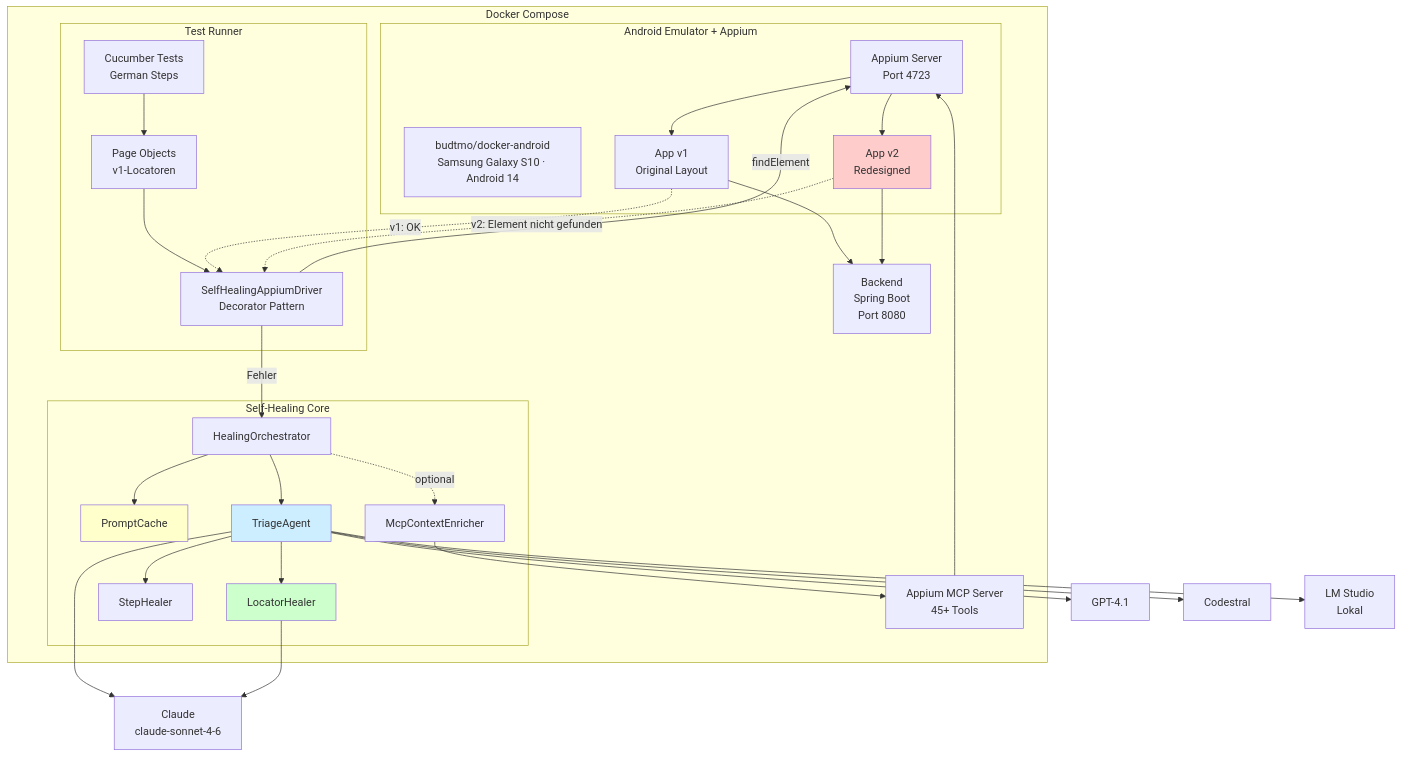
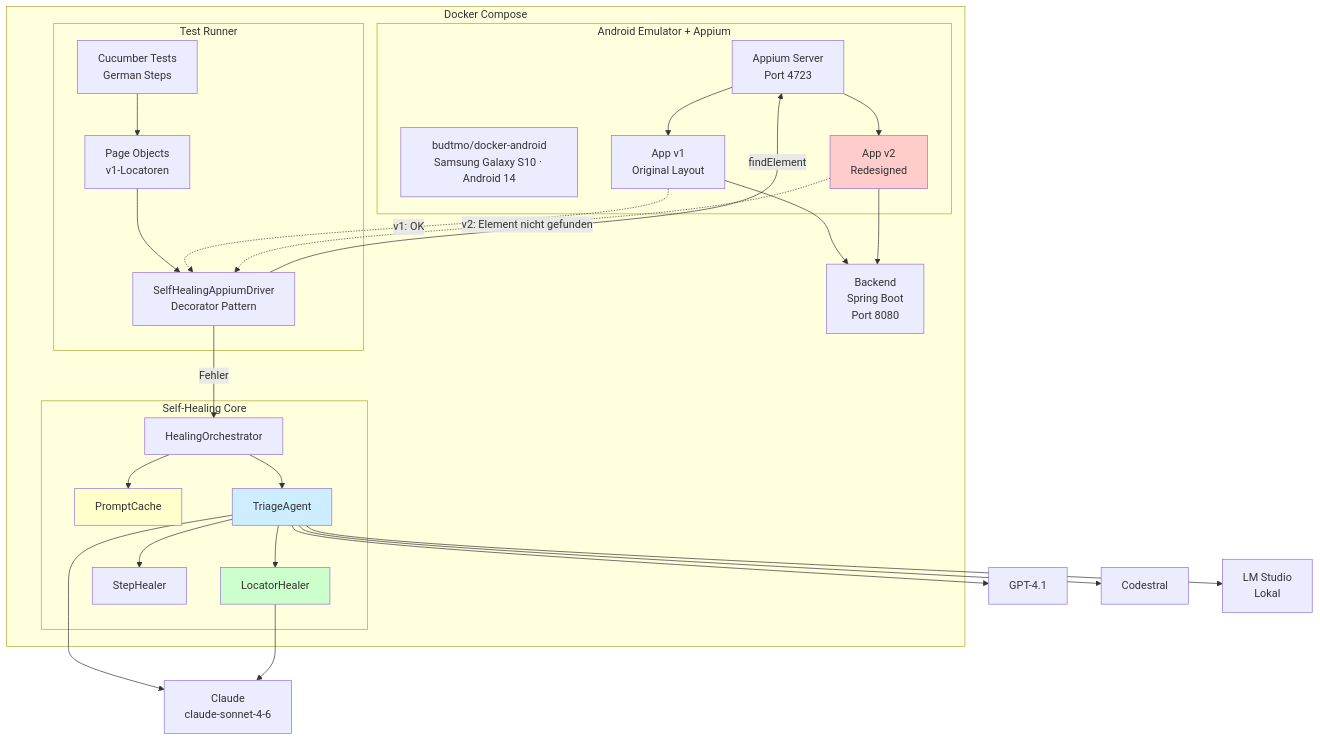
The fourth of 6 diagrams in README.md (dkeiss/appium-self-healing), drawn with Mermaid before and after one commit. The commit also changed other lines of this file and 16 other files, not shown here.

````diff
--- a/README.md
+++ b/README.md
@@ -328,63 +374,57 @@
 ```mermaid
 graph TB
     subgraph Docker["Docker Compose"]
         subgraph Emulator["Android Emulator + Appium"]
             AE[budtmo/docker-android<br/>Samsung Galaxy S10 · Android 14]
             AS[Appium Server<br/>Port 4723]
             APP_V1[App v1<br/>Original Layout]
             APP_V2[App v2<br/>Redesigned]
         end
 
         BE[Backend<br/>Spring Boot<br/>Port 8080]
 
         subgraph TestRunner["Test Runner"]
             CUC[Cucumber Tests<br/>German Steps]
             PO[Page Objects<br/>v1-Locatoren]
             SHD[SelfHealingAppiumDriver<br/>Decorator Pattern]
         end
 
         subgraph HealingCore["Self-Healing Core"]
             HO[HealingOrchestrator]
             PC[PromptCache]
             TA[TriageAgent]
             LH[LocatorHealer]
             SH[StepHealer]
-            MCE[McpContextEnricher]
         end
-
-        MCP[Appium MCP Server<br/>45+ Tools]
     end
 
     LLM_C[Claude<br/>claude-sonnet-4-6]
     LLM_G[GPT-4.1]
     LLM_M[Codestral]
     LLM_L[LM Studio<br/>Lokal]
 
     CUC --> PO
     PO --> SHD
     SHD -->|findElement| AS
     AS --> APP_V1
     AS --> APP_V2
     APP_V1 -.->|v1: OK| SHD
     APP_V2 -.->|v2: Element nicht gefunden| SHD
     SHD -->|Fehler| HO
     HO --> PC
     HO --> TA
     TA --> LH
     TA --> SH
-    HO -.->|optional| MCE
-    MCE --> MCP
-    MCP --> AS
     TA --> LLM_C
     TA --> LLM_G
     TA --> LLM_M
     TA --> LLM_L
     LH --> LLM_C
     APP_V1 --> BE
     APP_V2 --> BE
 
     style APP_V2 fill:#ffcccc
     style LH fill:#ccffcc
     style TA fill:#cceeff
     style PC fill:#ffffcc
 ```
````
